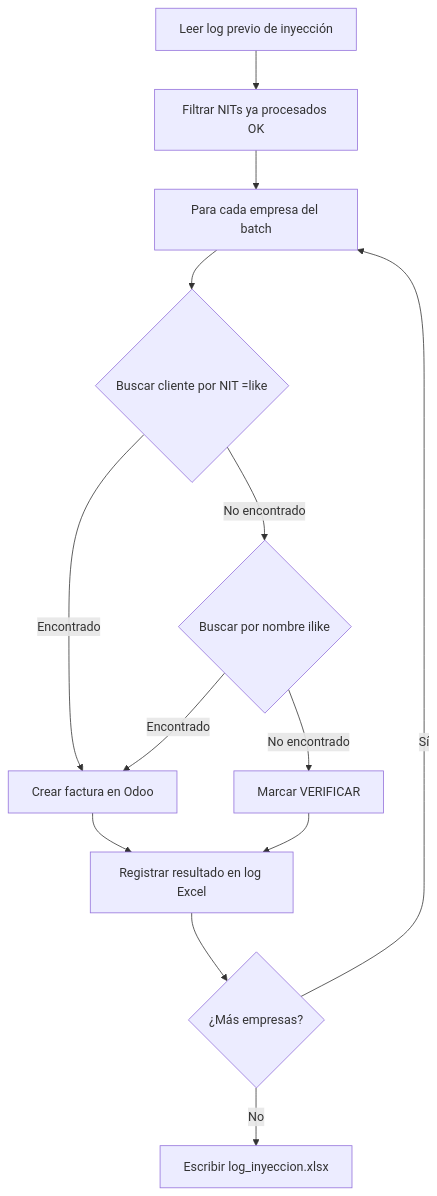
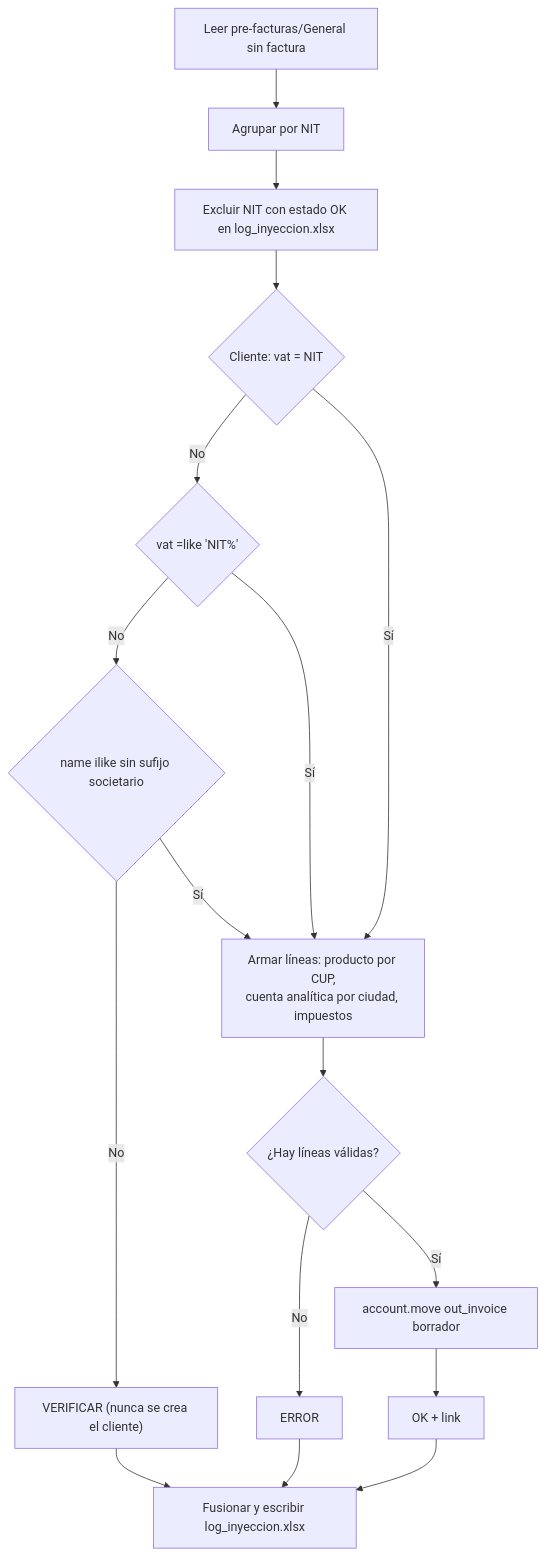
Before and after one commit to santo2409/Facturacion: the tenth of 12 diagrams in docs/c4-diagrams.md, drawn with Mermaid. The commit also changed other lines of this file, not shown here.

Commit message:
docs(c4-diagrams): update architectural diagrams and flowcharts for clarity and detail

````diff
--- a/docs/c4-diagrams.md
+++ b/docs/c4-diagrams.md
@@ -300,15 +403,19 @@
 ```mermaid
 flowchart TD
-    A[Leer log previo de inyección] --> B[Filtrar NITs ya procesados OK]
-    B --> C[Para cada empresa del batch]
-    C --> D{Buscar cliente por NIT =like}
-    D -->|Encontrado| G[Crear factura en Odoo]
-    D -->|No encontrado| E{Buscar por nombre ilike}
-    E -->|Encontrado| G
-    E -->|No encontrado| F["Marcar VERIFICAR"]
-    G --> H[Registrar resultado en log Excel]
-    F --> H
-    H --> I{¿Más empresas?}
-    I -->|Sí| C
-    I -->|No| J[Escribir log_inyeccion.xlsx]
+    A[Leer pre-facturas/General sin factura] --> B[Agrupar por NIT]
+    B --> C[Excluir NIT con estado OK en log_inyeccion.xlsx]
+    C --> D{Cliente: vat = NIT}
+    D -->|No| E{vat =like 'NIT%'}
+    E -->|No| F{name ilike sin sufijo societario}
+    F -->|No| V["VERIFICAR (nunca se crea el cliente)"]
+    D -->|Sí| L
+    E -->|Sí| L
+    F -->|Sí| L[Armar líneas: producto por CUP,<br/>cuenta analítica por ciudad, impuestos]
+    L --> LL{¿Hay líneas válidas?}
+    LL -->|No| ER[ERROR]
+    LL -->|Sí| M[account.move out_invoice borrador]
+    M --> OK[OK + link]
+    V --> LOG[Fusionar y escribir log_inyeccion.xlsx]
+    ER --> LOG
+    OK --> LOG
 ```
````
